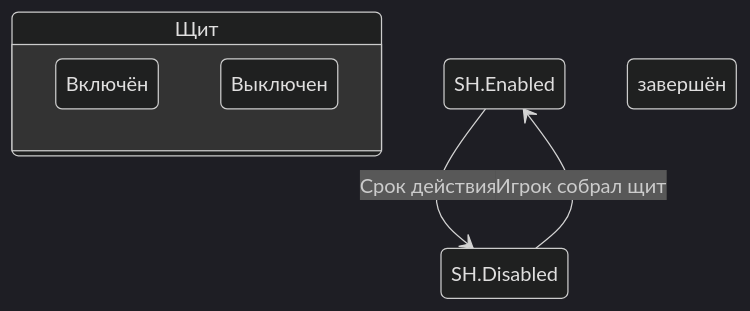
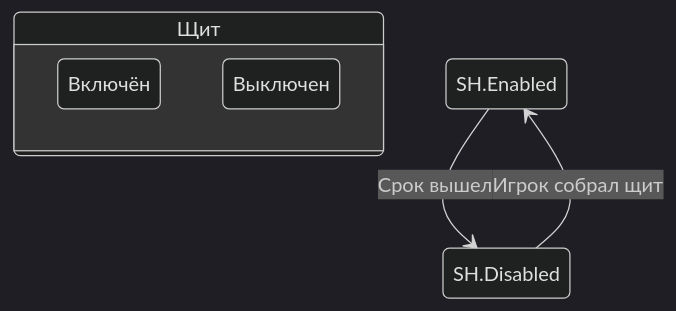
Before and after one commit to DoNik226/software_development: the fifth of 6 diagrams in docs/behavior.md, drawn with Mermaid (dark theme). The commit also changed other lines of this file, not shown here.

````diff
--- a/docs/behavior.md
+++ b/docs/behavior.md
@@ -55,11 +55,10 @@
 ```mermaid
 stateDiagram-v2
     state "Щит" as SH {
     Enabled : Включён
     Disabled : Выключен
     }
-SH.Enabled --> SH.Disabled : Срок действия
-завершён
+SH.Enabled --> SH.Disabled : Срок вышел
 
 SH.Disabled --> SH.Enabled : Игрок собрал щит
 ```
````
